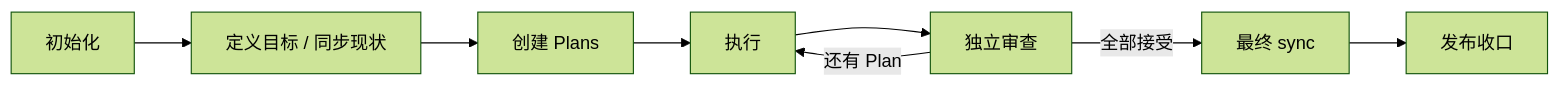
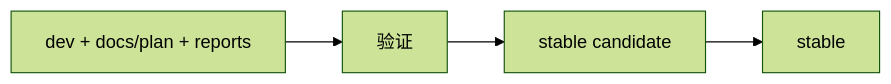
One commit to 6ixGODD/mine-is-not-everyones changed the fourth of 4 diagrams in docs/concepts.zh-CN.md. Above: the diagram before and after it, drawn with Mermaid (forest theme). The commit also changed other lines of this file and 20 other files, not shown here.

````diff
--- a/docs/concepts.zh-CN.md
+++ b/docs/concepts.zh-CN.md
@@ -148,10 +693,6 @@
 ```mermaid
 flowchart LR
-    I[初始化] --> T[定义目标 / 同步现状]
-    T --> P[创建 Plans]
-    P --> E[执行]
-    E --> R[独立审查]
-    R -->|还有 Plan| E
-    R -->|全部接受| S[最终 sync]
-    S --> C[发布收口]
+    DEV[dev + docs/plan + reports] --> V[验证]
+    V --> C[stable candidate]
+    C --> S[stable]
 ```
````
